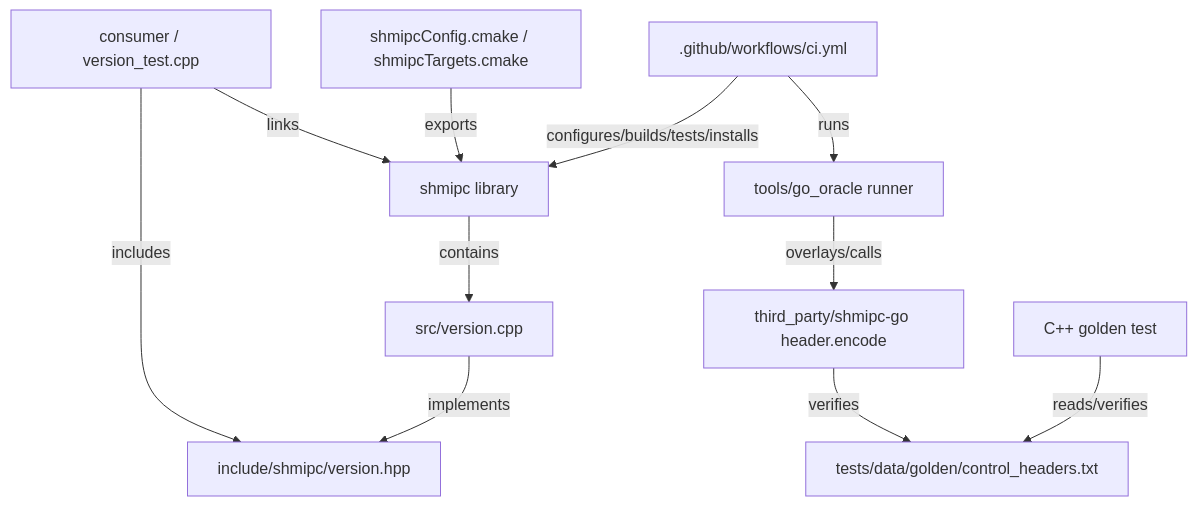
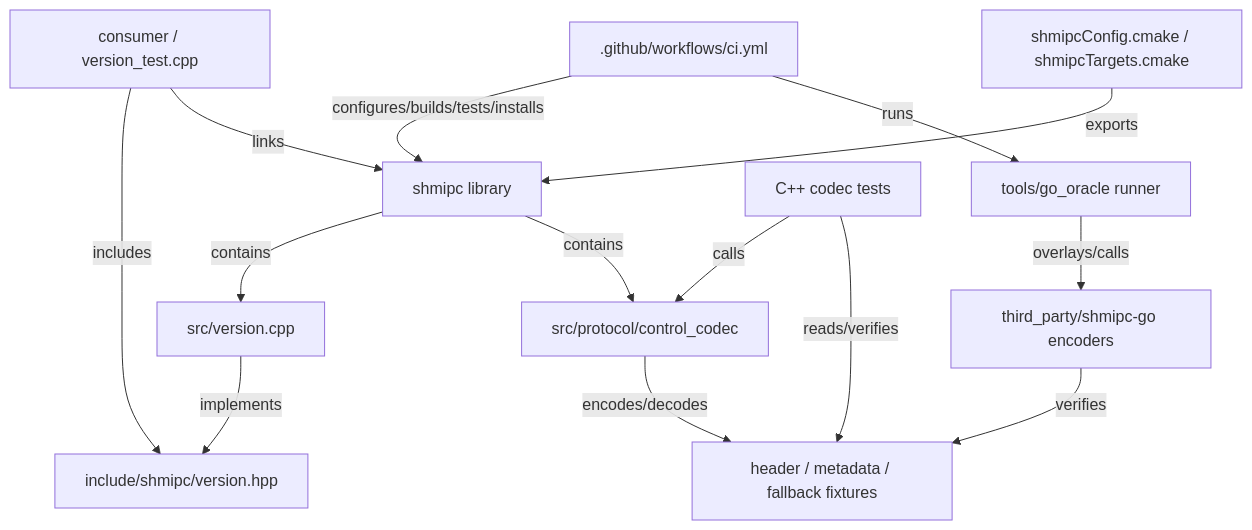
Before and after one commit to supermanc88/shmipc-cpp: the first of 5 diagrams in arch_docs/graphs/relations.md, drawn with Mermaid. The commit also changed other lines of this file and 23 other files, not shown here.

Commit message:
feat: add control protocol codec

````diff
--- a/arch_docs/graphs/relations.md
+++ b/arch_docs/graphs/relations.md
@@ -5,24 +5,28 @@
 ```mermaid
 graph TD
   consumer["consumer / version_test.cpp"]
   public["include/shmipc/version.hpp"]
   library["shmipc library"]
   implementation["src/version.cpp"]
   package["shmipcConfig.cmake / shmipcTargets.cmake"]
   ci[".github/workflows/ci.yml"]
   runner["tools/go_oracle runner"]
-  upstream["third_party/shmipc-go header.encode"]
-  golden["tests/data/golden/control_headers.txt"]
-  golden_test["C++ golden test"]
+  upstream["third_party/shmipc-go encoders"]
+  golden["header / metadata / fallback fixtures"]
+  codec["src/protocol/control_codec"]
+  golden_test["C++ codec tests"]
 
   consumer -- includes --> public
   consumer -- links --> library
   implementation -- implements --> public
   library -- contains --> implementation
   package -- exports --> library
   ci -- configures/builds/tests/installs --> library
   runner -- overlays/calls --> upstream
   upstream -- verifies --> golden
+  codec -- encodes/decodes --> golden
+  golden_test -- calls --> codec
   golden_test -- reads/verifies --> golden
+  library -- contains --> codec
   ci -- runs --> runner
 ```
````
